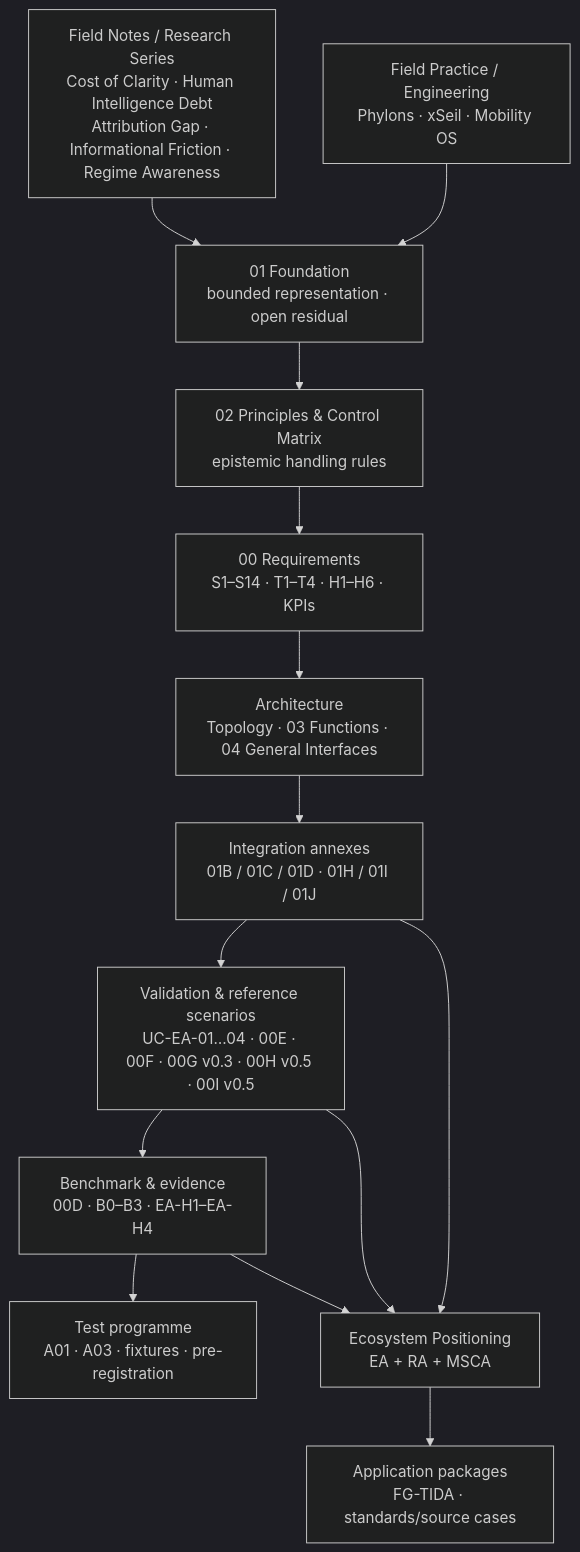
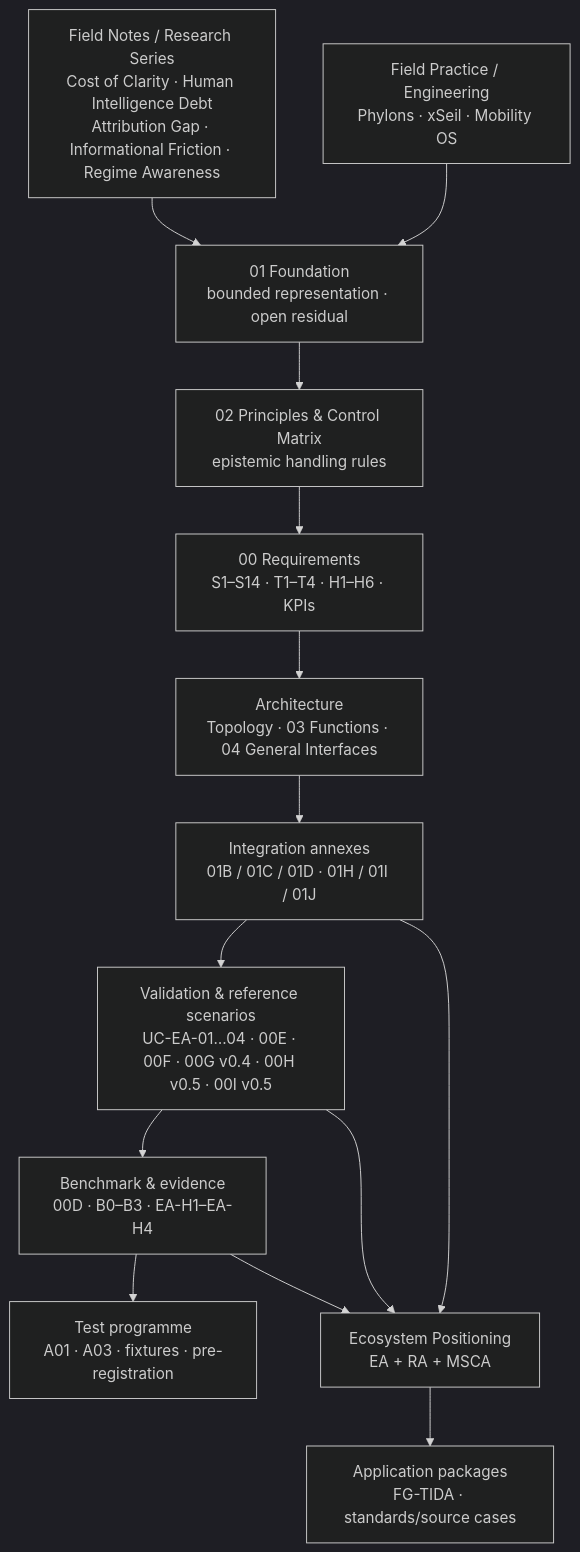
One commit to dakleyer/structural-awareness-contributions changed the first of 9 diagrams in research/ecosystem-awareness/VISUAL_GUIDE.md. Above: the diagram before and after it, drawn with Mermaid (dark theme). The commit also changed other lines of this file, not shown here.

````diff
--- a/research/ecosystem-awareness/VISUAL_GUIDE.md
+++ b/research/ecosystem-awareness/VISUAL_GUIDE.md
@@ -9,23 +9,23 @@
 ```mermaid
 flowchart TB
     FN["Field Notes / Research Series<br/>Cost of Clarity · Human Intelligence Debt<br/>Attribution Gap · Informational Friction · Regime Awareness"]
     ENG["Field Practice / Engineering<br/>Phylons · xSeil · Mobility OS"]
     F["01 Foundation<br/>bounded representation · open residual"]
     P["02 Principles & Control Matrix<br/>epistemic handling rules"]
     R["00 Requirements<br/>S1–S14 · T1–T4 · H1–H6 · KPIs"]
     A["Architecture<br/>Topology · 03 Functions · 04 General Interfaces"]
     I["Integration annexes<br/>01B / 01C / 01D · 01H / 01I / 01J"]
-    V["Validation & reference scenarios<br/>UC-EA-01…04 · 00E · 00F · 00G v0.3 · 00H v0.5 · 00I v0.5"]
+    V["Validation & reference scenarios<br/>UC-EA-01…04 · 00E · 00F · 00G v0.4 · 00H v0.5 · 00I v0.5"]
     B["Benchmark & evidence<br/>00D · B0–B3 · EA-H1–EA-H4"]
     T["Test programme<br/>A01 · A03 · fixtures · pre-registration"]
     EP["Ecosystem Positioning<br/>EA + RA + MSCA"]
     APP["Application packages<br/>FG-TIDA · standards/source cases"]
 
     FN --> F
     ENG --> F
     F --> P --> R --> A --> I --> V --> B --> T
     I --> EP
     V --> EP
     B --> EP
     EP --> APP
 ```
````
